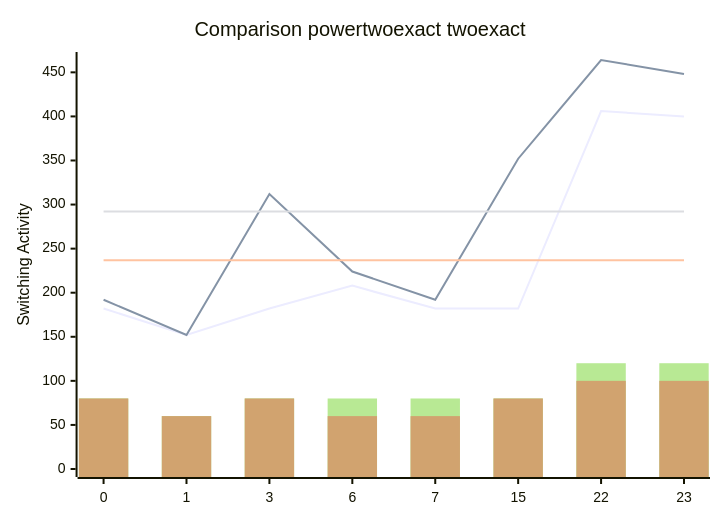
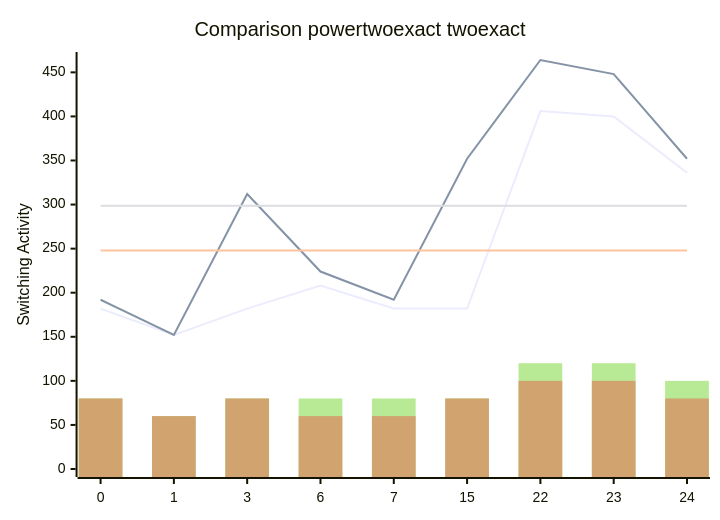
Before and after one commit to FeldmeierMichael/Exact-Power-Synthesis: the diagram in benchmark_opt.md, drawn with Mermaid. The commit also changed other lines of this file, not shown here.

````diff
--- a/benchmark_opt.md
+++ b/benchmark_opt.md
@@ -21,12 +23,12 @@
 ```mermaid
 xychart-beta
     title "Comparison powertwoexact twoexact"
-    x-axis [0, 1, 3, 6, 7, 15, 22, 23]
+    x-axis [0, 1, 3, 6, 7, 15, 22, 23, 24]
     y-axis "Switching Activity" 0-->464
-    line [182, 152, 182, 208, 182, 182, 406, 400]
-    line [192, 152, 312, 224, 192, 352, 464, 448]
-    line [236.75, 236.75, 236.75, 236.75, 236.75, 236.75, 236.75, 236.75]
-    line [292.0, 292.0, 292.0, 292.0, 292.0, 292.0, 292.0, 292.0]
-    bar [80, 60, 80, 80, 80, 80, 120, 120]
-    bar [80, 60, 80, 60, 60, 80, 100, 100]
+    line [182, 152, 182, 208, 182, 182, 406, 400, 336]
+    line [192, 152, 312, 224, 192, 352, 464, 448, 352]
+    line [247.77777777777777, 247.77777777777777, 247.77777777777777, 247.77777777777777, 247.77777777777777, 247.77777777777777, 247.77777777777777, 247.77777777777777, 247.77777777777777]
+    line [298.6666666666667, 298.6666666666667, 298.6666666666667, 298.6666666666667, 298.6666666666667, 298.6666666666667, 298.6666666666667, 298.6666666666667, 298.6666666666667]
+    bar [80, 60, 80, 80, 80, 80, 120, 120, 100]
+    bar [80, 60, 80, 60, 60, 80, 100, 100, 80]
 ```
````
